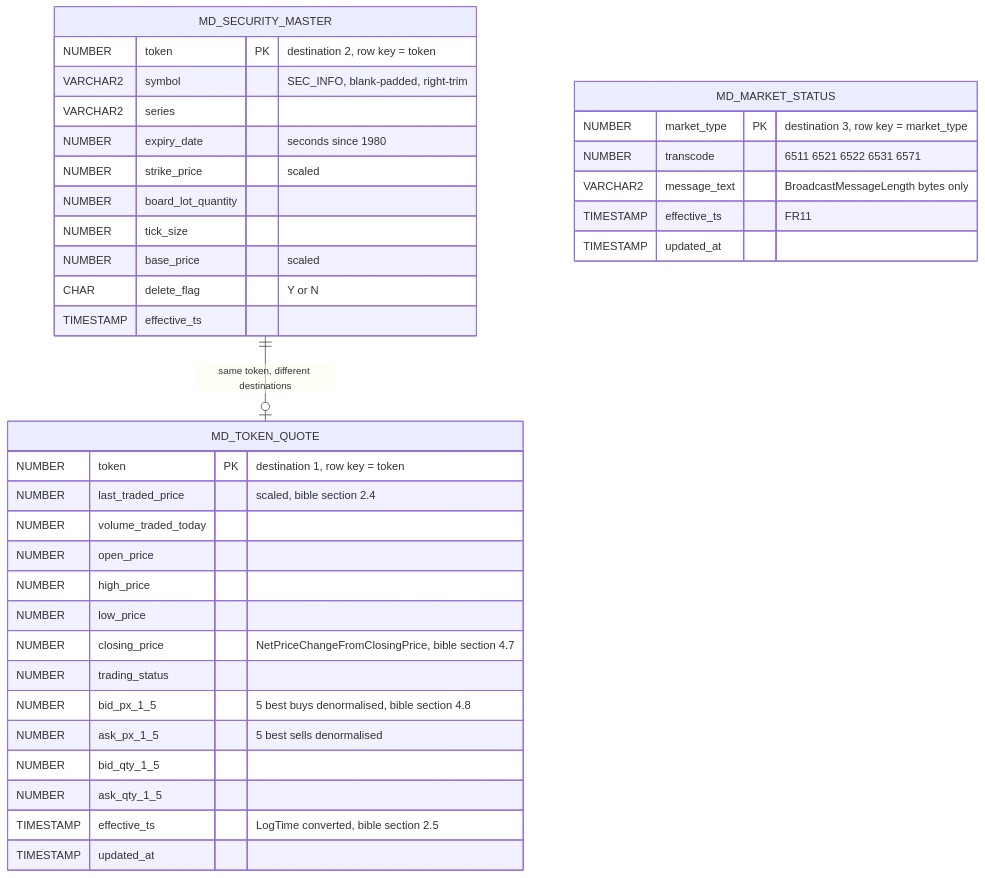
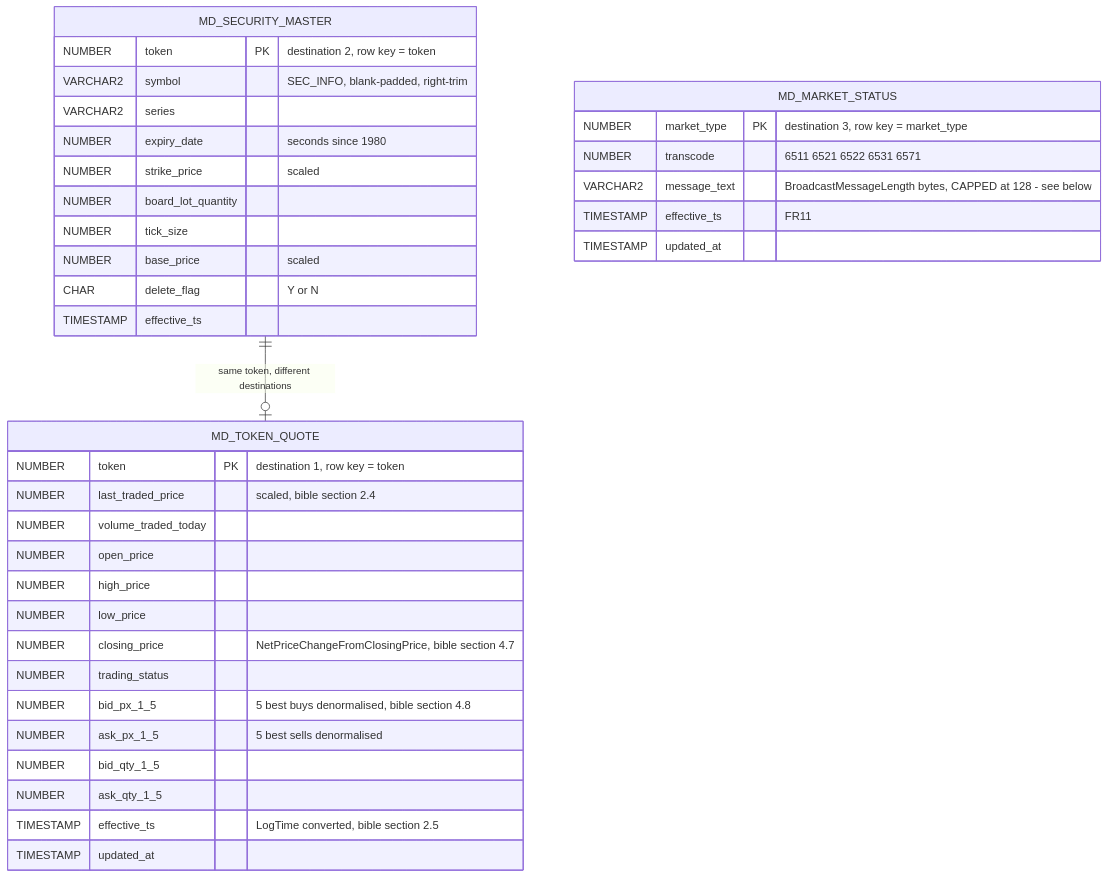
Diagram 11 of 16 in docs/architecture/phase1_hld_design1.md (redwineyards/feedvalve), drawn with Mermaid before and after one commit. The commit also changed other lines of this file, not shown here.

````diff
--- a/docs/architecture/phase1_hld_design1.md
+++ b/docs/architecture/phase1_hld_design1.md
@@ -1907,40 +2084,40 @@
 ```mermaid
 erDiagram
     MD_TOKEN_QUOTE {
         NUMBER token PK "destination 1, row key = token"
         NUMBER last_traded_price "scaled, bible section 2.4"
         NUMBER volume_traded_today
         NUMBER open_price
         NUMBER high_price
         NUMBER low_price
         NUMBER closing_price "NetPriceChangeFromClosingPrice, bible section 4.7"
         NUMBER trading_status
         NUMBER bid_px_1_5 "5 best buys denormalised, bible section 4.8"
         NUMBER ask_px_1_5 "5 best sells denormalised"
         NUMBER bid_qty_1_5
         NUMBER ask_qty_1_5
         TIMESTAMP effective_ts "LogTime converted, bible section 2.5"
         TIMESTAMP updated_at
     }
     MD_SECURITY_MASTER {
         NUMBER token PK "destination 2, row key = token"
         VARCHAR2 symbol "SEC_INFO, blank-padded, right-trim"
         VARCHAR2 series
         NUMBER expiry_date "seconds since 1980"
         NUMBER strike_price "scaled"
         NUMBER board_lot_quantity
         NUMBER tick_size
         NUMBER base_price "scaled"
         CHAR delete_flag "Y or N"
         TIMESTAMP effective_ts
     }
     MD_MARKET_STATUS {
         NUMBER market_type PK "destination 3, row key = market_type"
         NUMBER transcode "6511 6521 6522 6531 6571"
-        VARCHAR2 message_text "BroadcastMessageLength bytes only"
+        VARCHAR2 message_text "BroadcastMessageLength bytes, CAPPED at 128 - see below"
         TIMESTAMP effective_ts "FR11"
         TIMESTAMP updated_at
     }
 
     MD_SECURITY_MASTER ||--o| MD_TOKEN_QUOTE : "same token, different destinations"
 ```
````
